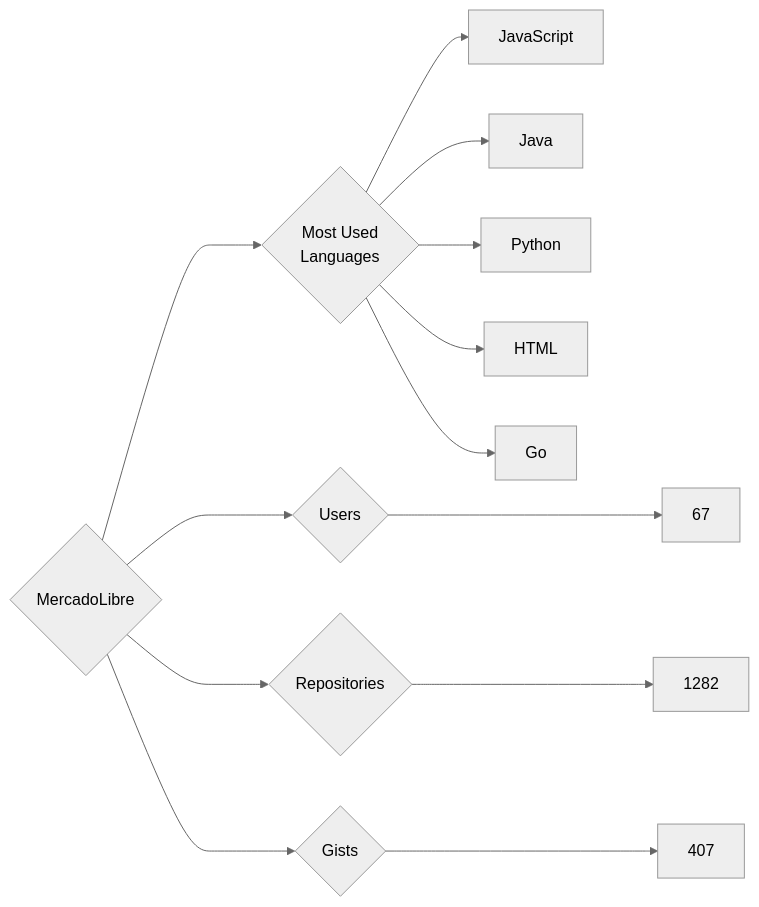
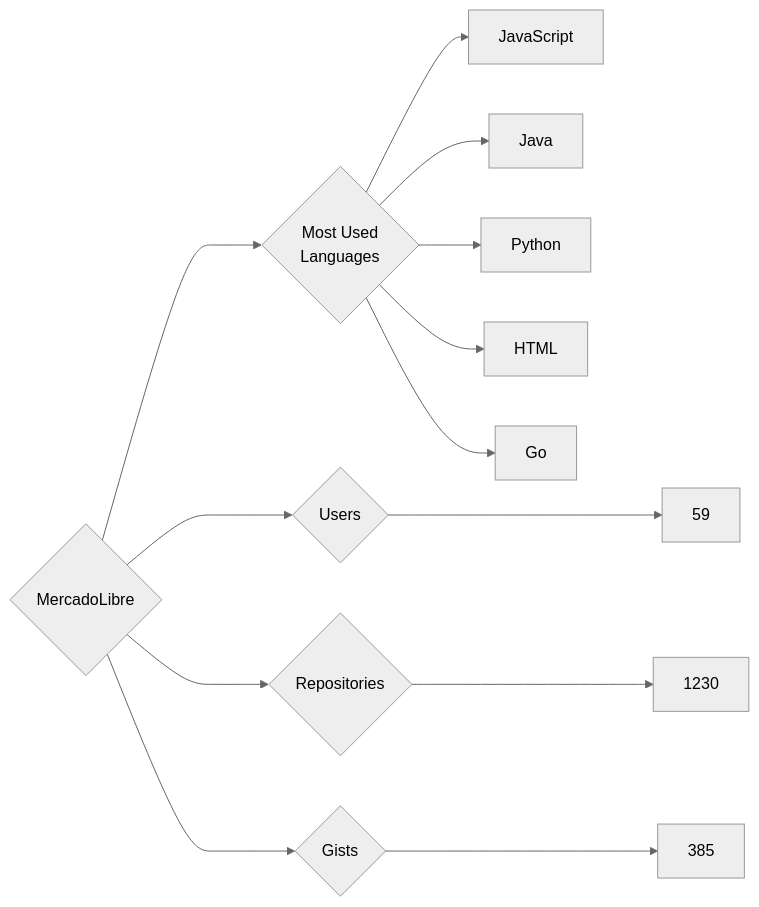
One commit to trickest/insiders changed the diagram in targets/MercadoLibre/README.md. Above: the diagram before and after it, drawn with Mermaid (neutral theme). The commit also changed 815 other files, not shown here.

````diff
--- a/targets/MercadoLibre/README.md
+++ b/targets/MercadoLibre/README.md
@@ -3,13 +3,13 @@
 ```mermaid
 graph LR
 COMPANY_NAME{MercadoLibre}
-COMPANY_NAME ---> U{Users} ---> UN[67]
-COMPANY_NAME ---> R{Repositories} ---> RN[1282]
-COMPANY_NAME ---> G{Gists} ---> GN[407]
+COMPANY_NAME ---> U{Users} ---> UN[59]
+COMPANY_NAME ---> R{Repositories} ---> RN[1230]
+COMPANY_NAME ---> G{Gists} ---> GN[385]
 COMPANY_NAME ---> ML{Most Used<br>Languages}
 ML --> JavaScript[JavaScript]
 ML --> Java[Java]
 ML --> Python[Python]
 ML --> HTML[HTML]
 ML --> Go[Go]
 ```
````
